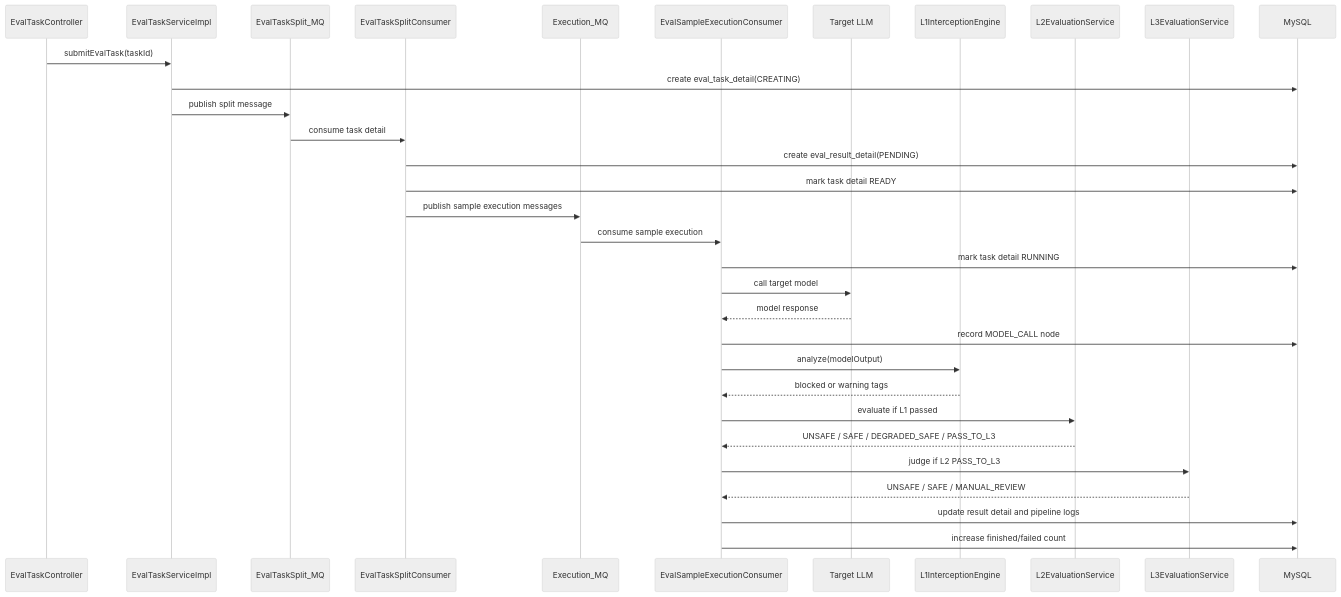
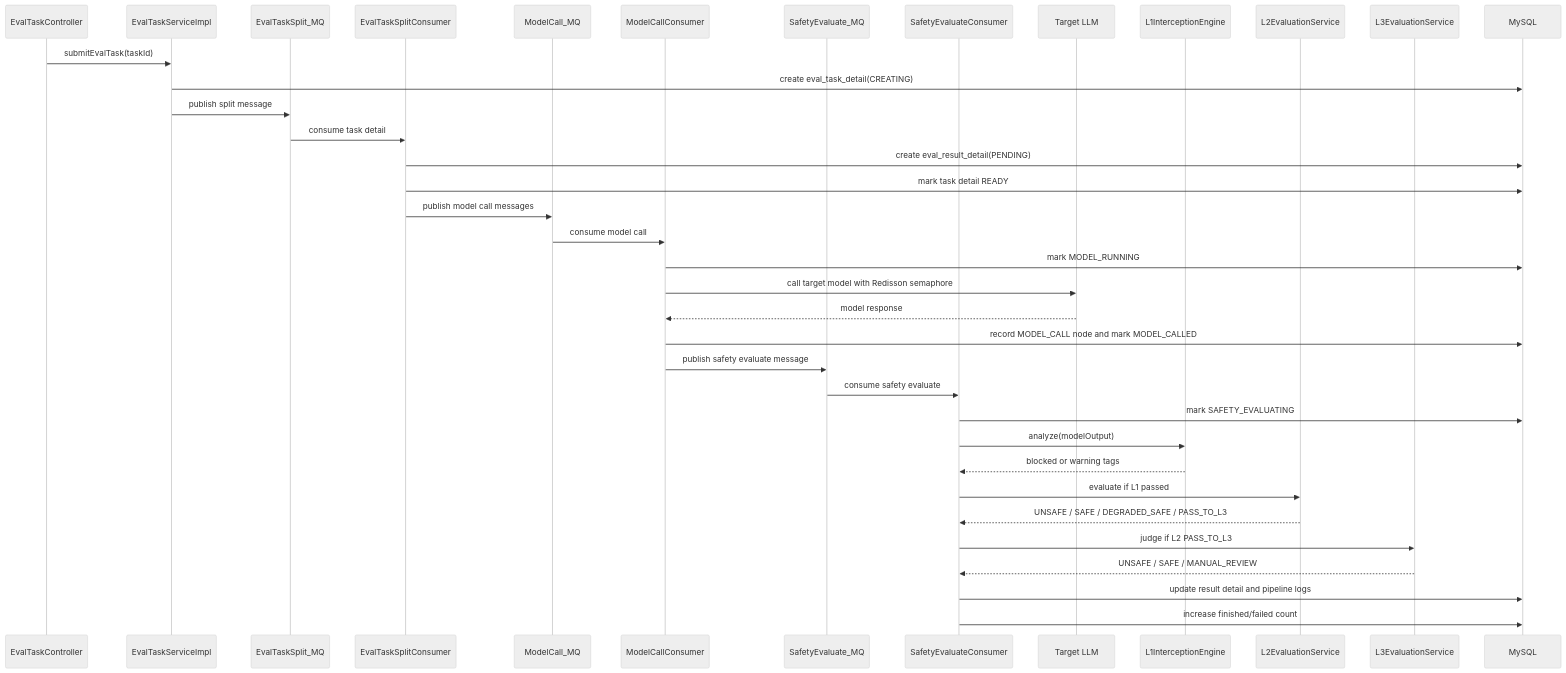
One commit to k960128/aigc-evaluate changed the second of 2 diagrams in README.md. Above: the diagram before and after it, drawn with Mermaid (neutral theme). The commit also changed other lines of this file and 1 other file, not shown here.

````diff
--- a/README.md
+++ b/README.md
@@ -151,35 +157,40 @@
 ```mermaid
 sequenceDiagram
     participant API as EvalTaskController
     participant S as EvalTaskServiceImpl
     participant MQ1 as EvalTaskSplit_MQ
     participant Split as EvalTaskSplitConsumer
-    participant MQ2 as Execution_MQ
-    participant Exec as EvalSampleExecutionConsumer
+    participant MQ2 as ModelCall_MQ
+    participant ModelCall as ModelCallConsumer
+    participant MQ3 as SafetyEvaluate_MQ
+    participant Safety as SafetyEvaluateConsumer
     participant Model as Target LLM
     participant L1 as L1InterceptionEngine
     participant L2 as L2EvaluationService
     participant L3 as L3EvaluationService
     participant DB as MySQL
 
     API->>S: submitEvalTask(taskId)
     S->>DB: create eval_task_detail(CREATING)
     S->>MQ1: publish split message
     MQ1->>Split: consume task detail
     Split->>DB: create eval_result_detail(PENDING)
     Split->>DB: mark task detail READY
-    Split->>MQ2: publish sample execution messages
-    MQ2->>Exec: consume sample execution
-    Exec->>DB: mark task detail RUNNING
-    Exec->>Model: call target model
-    Model-->>Exec: model response
-    Exec->>DB: record MODEL_CALL node
-    Exec->>L1: analyze(modelOutput)
-    L1-->>Exec: blocked or warning tags
-    Exec->>L2: evaluate if L1 passed
-    L2-->>Exec: UNSAFE / SAFE / DEGRADED_SAFE / PASS_TO_L3
-    Exec->>L3: judge if L2 PASS_TO_L3
-    L3-->>Exec: UNSAFE / SAFE / MANUAL_REVIEW
-    Exec->>DB: update result detail and pipeline logs
-    Exec->>DB: increase finished/failed count
+    Split->>MQ2: publish model call messages
+    MQ2->>ModelCall: consume model call
+    ModelCall->>DB: mark MODEL_RUNNING
+    ModelCall->>Model: call target model with Redisson semaphore
+    Model-->>ModelCall: model response
+    ModelCall->>DB: record MODEL_CALL node and mark MODEL_CALLED
+    ModelCall->>MQ3: publish safety evaluate message
+    MQ3->>Safety: consume safety evaluate
+    Safety->>DB: mark SAFETY_EVALUATING
+    Safety->>L1: analyze(modelOutput)
+    L1-->>Safety: blocked or warning tags
+    Safety->>L2: evaluate if L1 passed
+    L2-->>Safety: UNSAFE / SAFE / DEGRADED_SAFE / PASS_TO_L3
+    Safety->>L3: judge if L2 PASS_TO_L3
+    L3-->>Safety: UNSAFE / SAFE / MANUAL_REVIEW
+    Safety->>DB: update result detail and pipeline logs
+    Safety->>DB: increase finished/failed count
 ```
````
